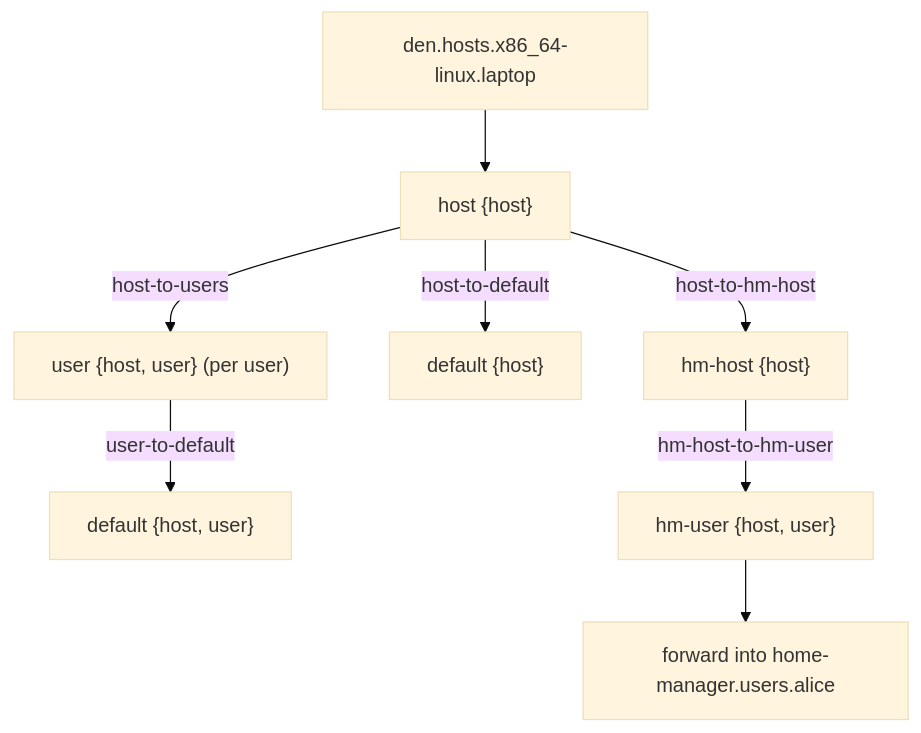
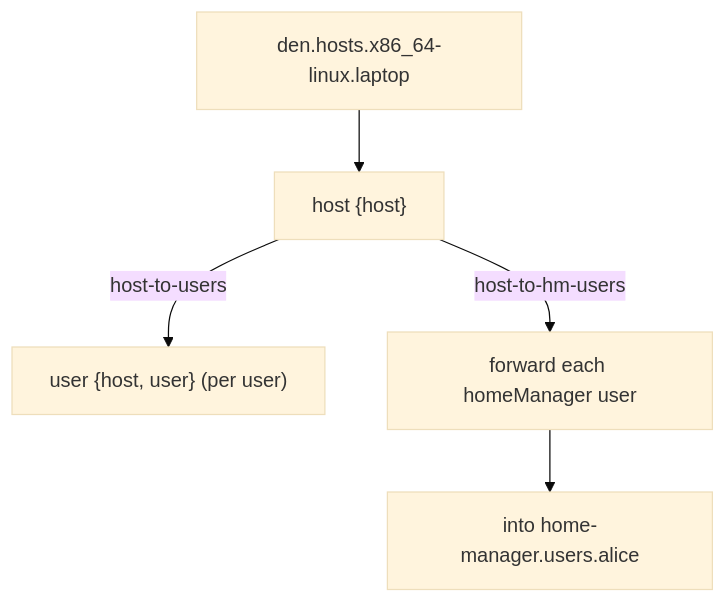
Before and after one commit to denful/den: the first of 2 diagrams in docs/src/content/docs/explanation/context-pipeline.mdx, drawn with Mermaid (base theme). The commit also changed other lines of this file and 56 other files, not shown here.

````diff
--- a/docs/src/content/docs/explanation/context-pipeline.mdx
+++ b/docs/src/content/docs/explanation/context-pipeline.mdx
@@ -22,10 +23,7 @@
 ```mermaid
 flowchart TD
   start["den.hosts.x86_64-linux.laptop"] --> host["host {host}"]
   host -->|"host-to-users"| user["user {host, user} (per user)"]
-  host -->|"host-to-default"| hdef["default {host}"]
-  user -->|"user-to-default"| udef["default {host, user}"]
-  host -->|"host-to-hm-host"| hmhost["hm-host {host}"]
-  hmhost -->|"hm-host-to-hm-user"| hmuser["hm-user {host, user}"]
-  hmuser --> fwd["forward into home-manager.users.alice"]
+  host -->|"host-to-hm-users"| hmfwd["forward each homeManager user"]
+  hmfwd --> fwd["into home-manager.users.alice"]
 ```
````
